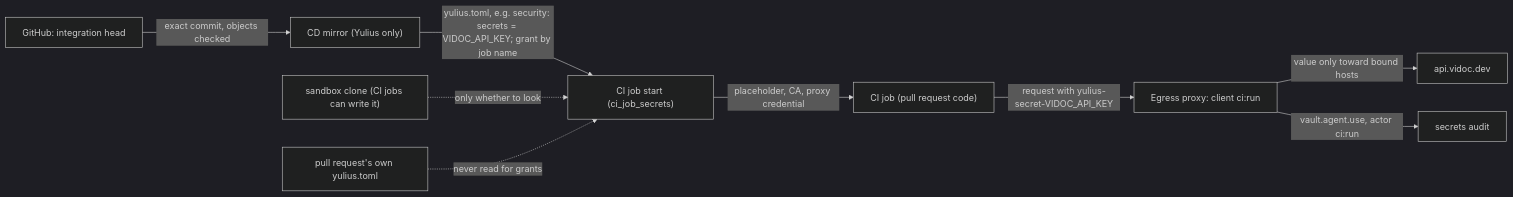
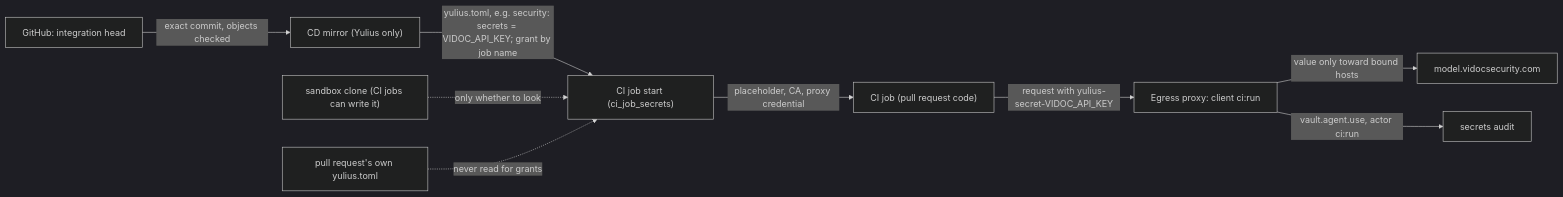
Diagram 18 of 41 in docs/architecture.md (Quartio-Studio/yulius), drawn with Mermaid (dark theme) before and after one commit. The commit also changed other lines of this file and 72 other files, not shown here.

````diff
--- a/docs/architecture.md
+++ b/docs/architecture.md
@@ -687,11 +687,11 @@
 ```mermaid
 flowchart LR
   GH["GitHub: integration head"] -->|"exact commit, objects checked"| MIR["CD mirror (Yulius only)"]
   MIR -->|"yulius.toml, e.g. security: secrets = VIDOC_API_KEY; grant by job name"| EXEC["CI job start (ci_job_secrets)"]
   CLONE["sandbox clone (CI jobs can write it)"] -.->|"only whether to look"| EXEC
   PR["pull request's own yulius.toml"] -.->|"never read for grants"| EXEC
   EXEC -->|"placeholder, CA, proxy credential"| JOB["CI job (pull request code)"]
   JOB -->|"request with yulius-secret-VIDOC_API_KEY"| X["Egress proxy: client ci:run"]
-  X -->|"value only toward bound hosts"| V["api.vidoc.dev"]
+  X -->|"value only toward bound hosts"| V["model.vidocsecurity.com"]
   X -->|"vault.agent.use, actor ci:run"| AUD["secrets audit"]
 ```
````
